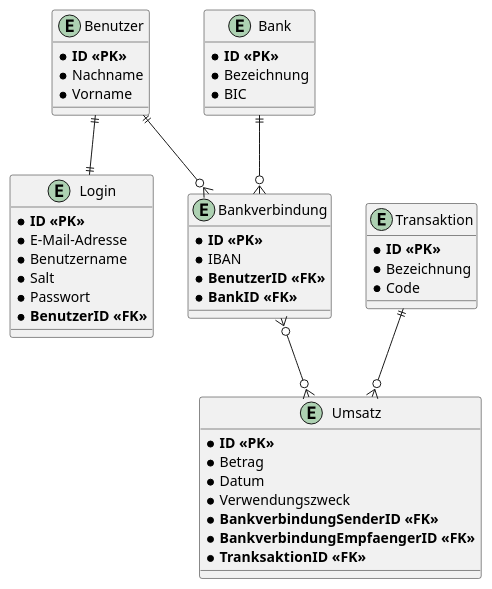
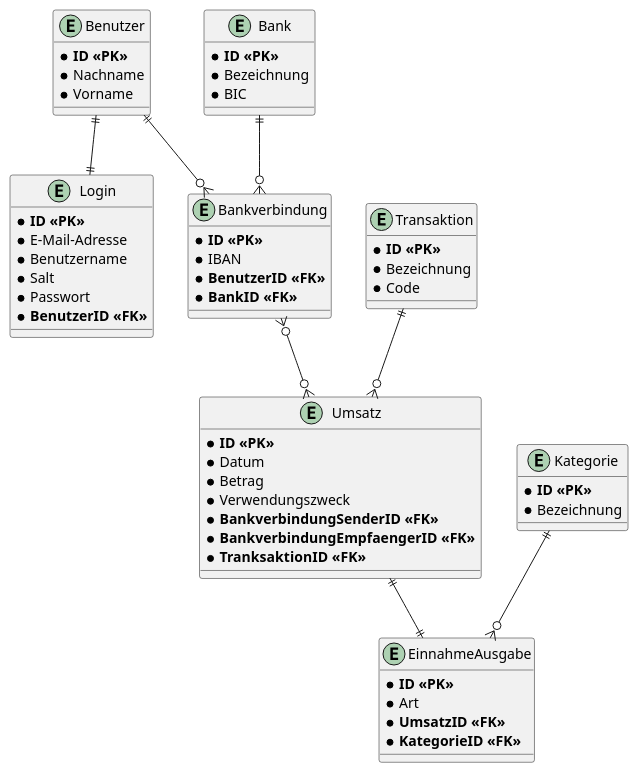
One commit to justinhada/StatementOfQosts changed the diagram in designs/NewERM.puml. Above: the diagram before and after it, drawn with PlantUML. The commit also changed 17 other files, not shown here.

```diff
--- a/designs/NewERM.puml
+++ b/designs/NewERM.puml
@@ -1,57 +1,73 @@
 @startuml
 entity Benutzer
 {
     * **ID <<PK>>**
     * Nachname
     * Vorname
 }
 
 entity Login
 {
     * **ID <<PK>>**
     * E-Mail-Adresse
     * Benutzername
     * Salt
     * Passwort
     * **BenutzerID <<FK>>**
 }
 
 entity Bank
 {
     * **ID <<PK>>**
     * Bezeichnung
     * BIC
 }
 
 entity Bankverbindung
 {
     * **ID <<PK>>**
     * IBAN
     * **BenutzerID <<FK>>**
     * **BankID <<FK>>**
 }
 
 entity Umsatz
 {
     * **ID <<PK>>**
+    * Datum
     * Betrag
-    * Datum
     * Verwendungszweck
     * **BankverbindungSenderID <<FK>>**
     * **BankverbindungEmpfaengerID <<FK>>**
     * **TranksaktionID <<FK>>**
 }
 
 entity Transaktion
 {
     * **ID <<PK>>**
     * Bezeichnung
     * Code
 }
 
+entity EinnahmeAusgabe
+{
+    * **ID <<PK>>**
+    * Art
+    * **UmsatzID <<FK>>**
+    * **KategorieID <<FK>>**
+}
+
+entity Kategorie
+{
+    * **ID <<PK>>**
+    * Bezeichnung
+}
+
 Benutzer ||--|| Login
 Benutzer ||--o{ Bankverbindung
 Bank ||--o{ Bankverbindung
 Bankverbindung }o--o{ Umsatz
 Transaktion ||--o{ Umsatz
+Kategorie ||--o{ EinnahmeAusgabe
+Umsatz ||--|| EinnahmeAusgabe
 @enduml
```
